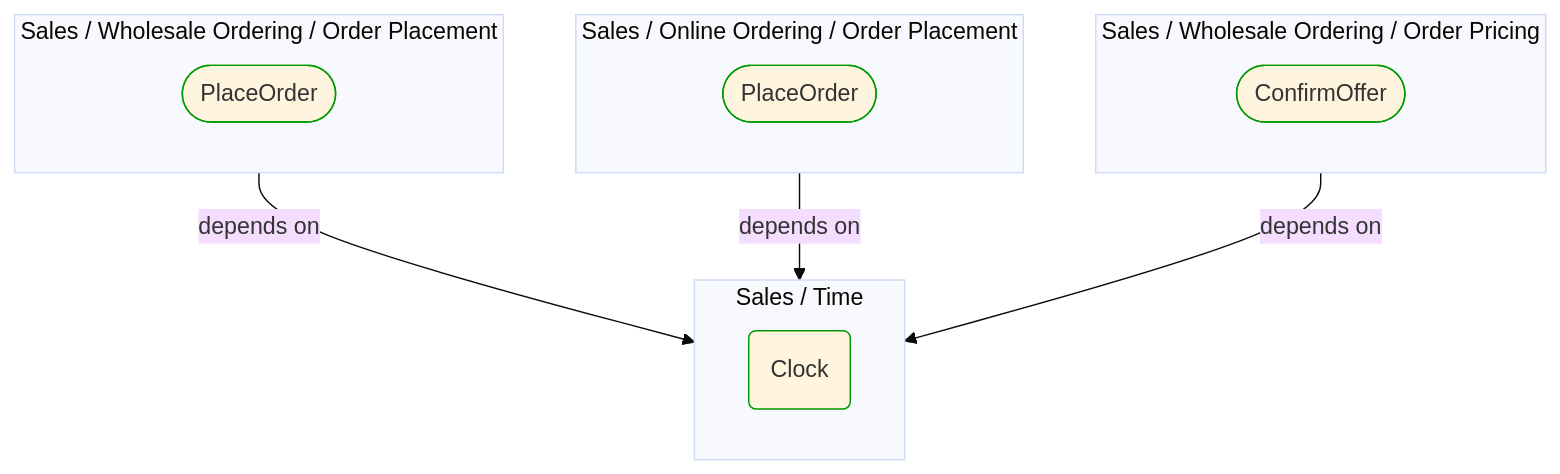
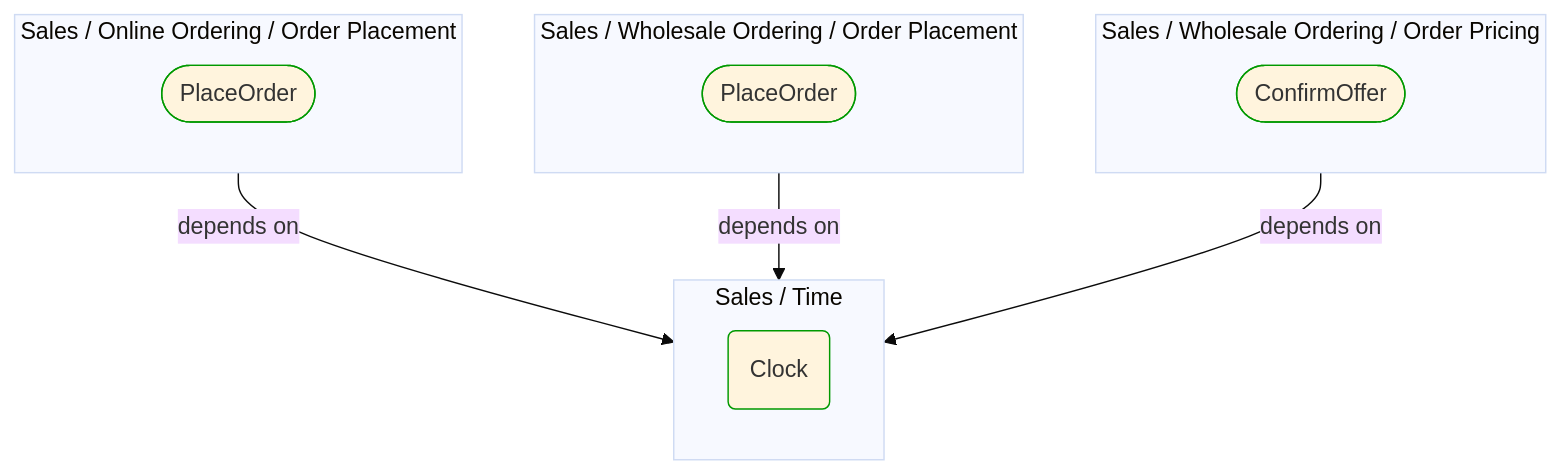
The first of 2 diagrams in Docs/P3/MermaidOutput/Domain/Concepts/Sales/Time/Clock.md (itlibrium/DDD-starter-dotnet), drawn with Mermaid (base theme) before and after one commit. The commit also changed 7 other files, not shown here.

````diff
--- a/Docs/P3/MermaidOutput/Domain/Concepts/Sales/Time/Clock.md
+++ b/Docs/P3/MermaidOutput/Domain/Concepts/Sales/Time/Clock.md
@@ -20,25 +20,25 @@
 ```mermaid
   flowchart TB
-    subgraph 0["Sales / Wholesale Ordering / Order Placement"]
+    subgraph 0["Sales / Online Ordering / Order Placement"]
       1([PlaceOrder])
       class 1 DomainPerspective
     end
-    subgraph 2["Sales / Online Ordering / Order Placement"]
+    subgraph 2["Sales / Wholesale Ordering / Order Placement"]
       3([PlaceOrder])
       class 3 DomainPerspective
     end
     subgraph 4["Sales / Wholesale Ordering / Order Pricing"]
       5([ConfirmOffer])
       class 5 DomainPerspective
     end
     subgraph 6["Sales / Time"]
       7(Clock)
       class 7 DomainPerspective
     end
     0-->|depends on|6
     2-->|depends on|6
     4-->|depends on|6
     classDef DomainPerspective stroke:#009900
     classDef TechnologyPerspective stroke:#1F41EB
     classDef PeoplePerspective stroke:#FFF014
 ```
````
